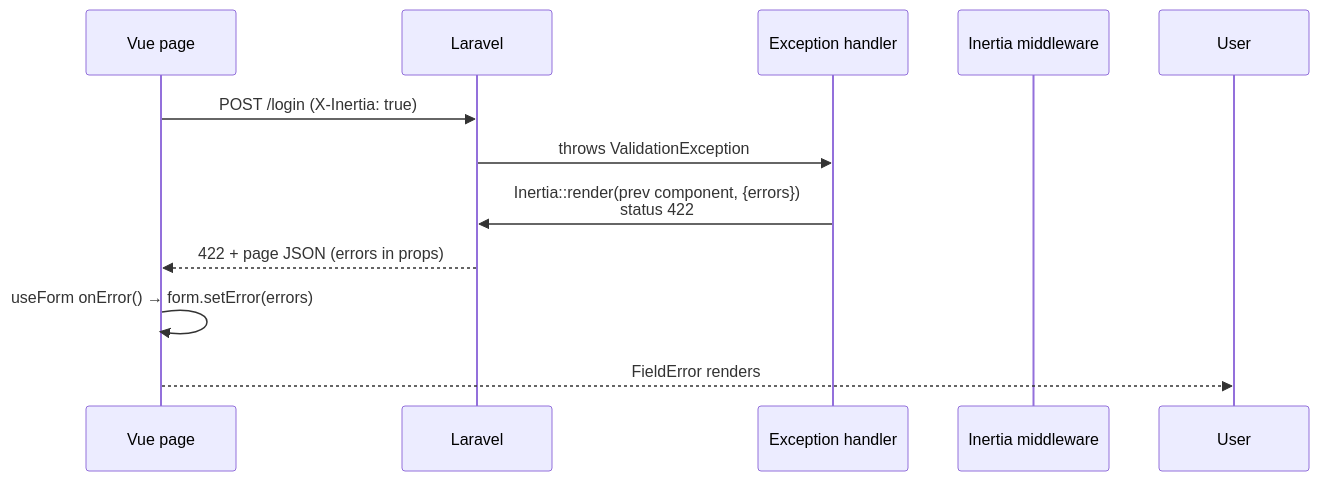
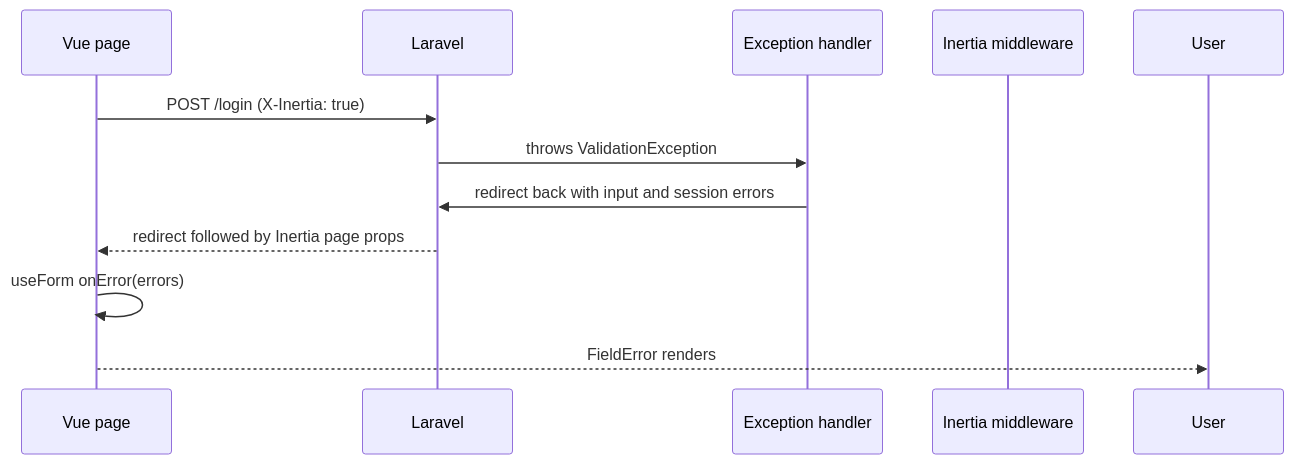
The third of 4 diagrams in docs/architecture.md (thinkycz/stockflow), drawn with Mermaid before and after one commit. The commit also changed other lines of this file and 438 other files, not shown here.

````diff
--- a/docs/architecture.md
+++ b/docs/architecture.md
@@ -101,14 +101,14 @@
 ```mermaid
 sequenceDiagram
     participant FE as Vue page
     participant L as Laravel
     participant H as Exception handler
     participant IM as Inertia middleware
 
     FE->>L: POST /login (X-Inertia: true)
     L->>H: throws ValidationException
-    H->>L: Inertia::render(prev component, {errors})<br/>status 422
-    L-->>FE: 422 + page JSON (errors in props)
-    FE->>FE: useForm onError() → form.setError(errors)
+    H->>L: redirect back with input and session errors
+    L-->>FE: redirect followed by Inertia page props
+    FE->>FE: useForm onError(errors)
     FE-->>User: FieldError renders
 ```
````
